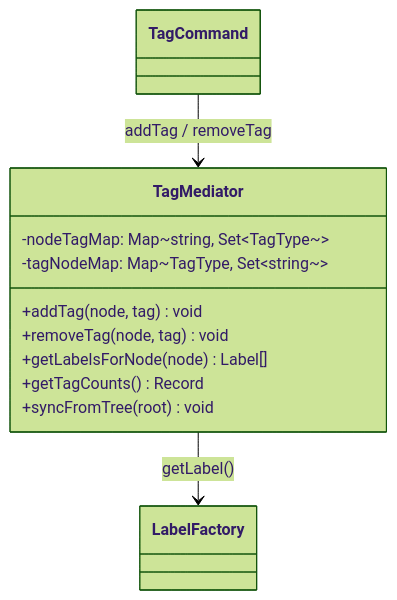
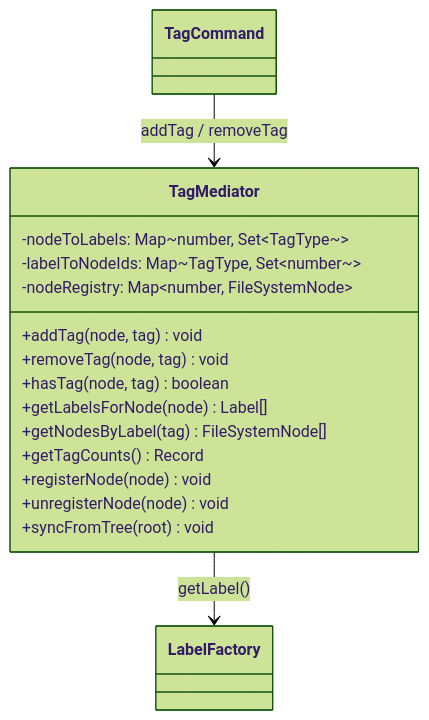
One commit to Sean11133/XD changed the seventh of 8 diagrams in README.md. Above: the diagram before and after it, drawn with Mermaid (forest theme). The commit also changed other lines of this file and 2 other files, not shown here.

Commit message:
docs: align diagrams and redesign ER schema for extensible file types

````diff
--- a/README.md
+++ b/README.md
@@ -607,17 +682,22 @@
 ```mermaid
 classDiagram
     direction TB
 
     class TagMediator {
-        -nodeTagMap: Map~string, Set~TagType~~
-        -tagNodeMap: Map~TagType, Set~string~~
+    -nodeToLabels: Map~number, Set~TagType~~
+    -labelToNodeIds: Map~TagType, Set~number~~
+    -nodeRegistry: Map~number, FileSystemNode~
         +addTag(node, tag) void
         +removeTag(node, tag) void
+    +hasTag(node, tag) boolean
         +getLabelsForNode(node) Label[]
+    +getNodesByLabel(tag) FileSystemNode[]
         +getTagCounts() Record
+    +registerNode(node) void
+    +unregisterNode(node) void
         +syncFromTree(root) void
     }
 
     TagCommand --> TagMediator : addTag / removeTag
     TagMediator --> LabelFactory : getLabel()
 ```
````
